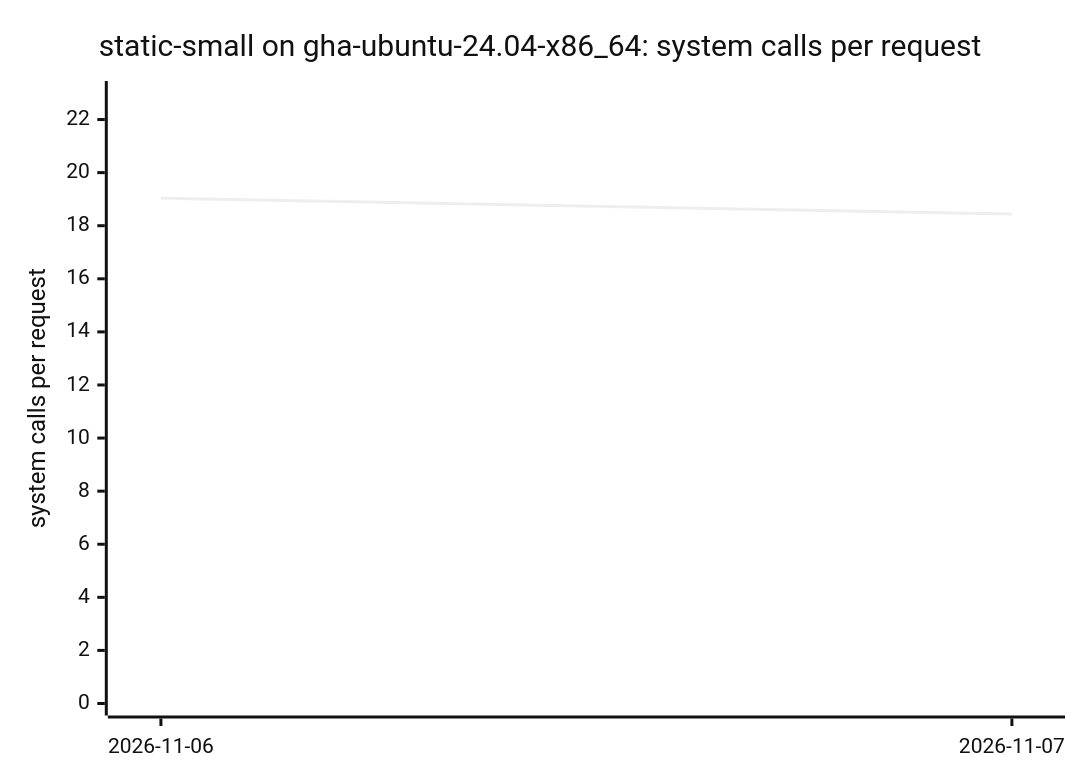
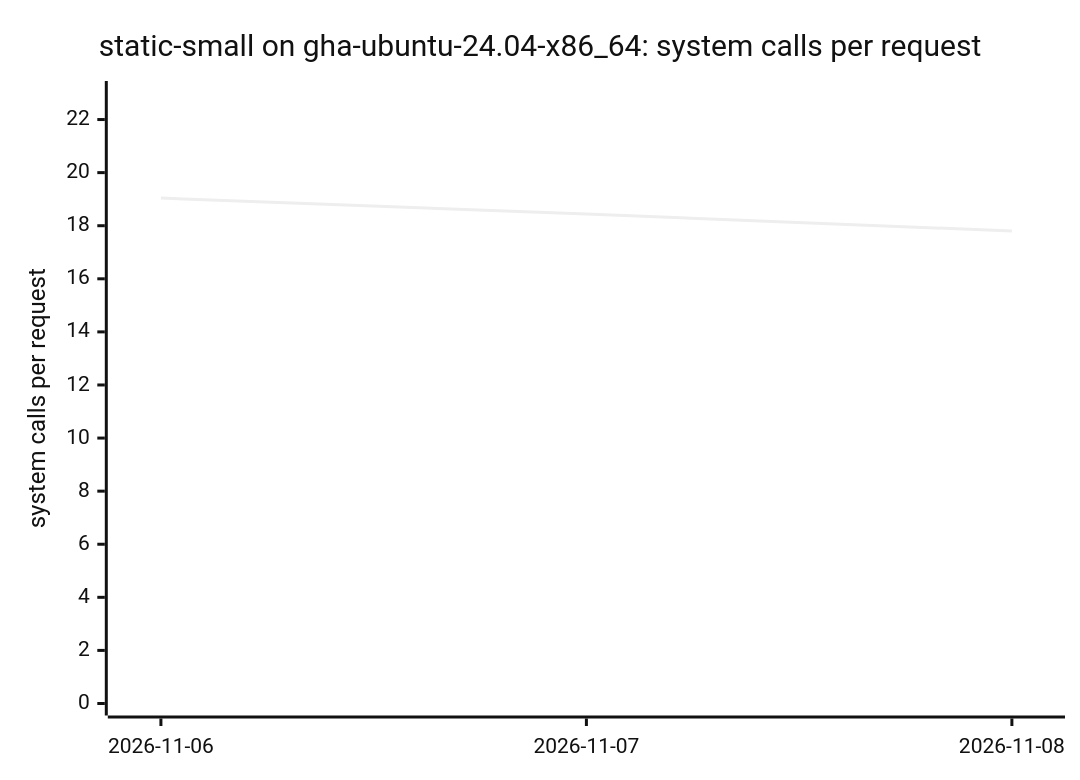
Before and after one commit to ThePixelPilgrim/durchlauferhitzer: the ninth of 16 diagrams in BENCHMARKS.md, drawn with Mermaid (neutral theme). The commit also changed other lines of this file and 1 other file, not shown here.

````diff
--- a/BENCHMARKS.md
+++ b/BENCHMARKS.md
@@ -107,7 +107,7 @@
 ```mermaid
 xychart-beta
   title "static-small on gha-ubuntu-24.04-x86_64: system calls per request"
-  x-axis ["2026-11-06", "2026-11-07"]
+  x-axis ["2026-11-06", "2026-11-07", "2026-11-08"]
   y-axis "system calls per request" 0 --> 23
-  line [19.04, 18.44]
+  line [19.04, 18.44, 17.80]
 ```
````
